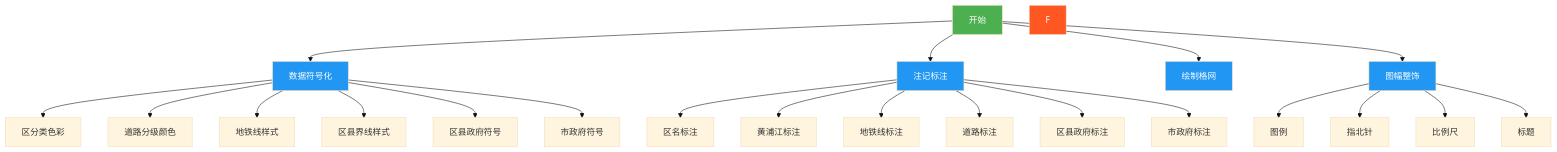
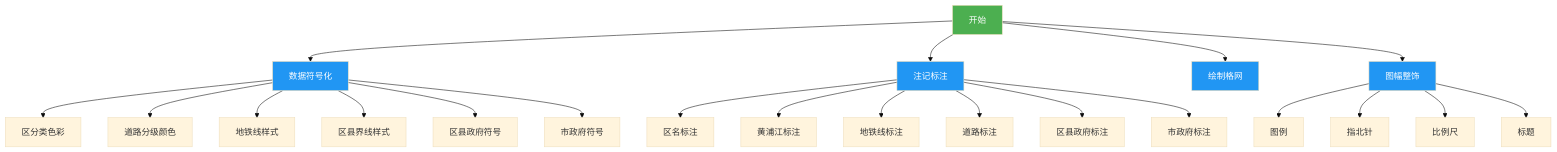
Before and after one commit to newguser/iodraw-files: the diagram in all/未命名.md, drawn with Mermaid (base theme).

Commit message:
2025-02-27 10:38:54 update

````diff
--- a/all/未命名.md
+++ b/all/未命名.md
@@ -1,31 +1,30 @@
 ```mermaid
 graph TD
     A[开始] --> B[数据符号化]
     B --> B1[区分类色彩]
     B --> B2[道路分级颜色]
     B --> B3[地铁线样式]
     B --> B4[区县界线样式]
     B --> B5[区县政府符号]
     B --> B6[市政府符号]
 
     A --> C[注记标注]
     C --> C1[区名标注]
     C --> C2[黄浦江标注]
     C --> C3[地铁线标注]
     C --> C4[道路标注]
     C --> C5[区县政府标注]
     C --> C6[市政府标注]
 
     A --> D[绘制格网]
     A --> E[图幅整饰]
     E --> E1[图例]
     E --> E2[指北针]
     E --> E3[比例尺]
     E --> E4[标题]
 
 
     style A fill:#4CAF50,color:white
-    style F fill:#FF5722,color:white
     classDef process fill:#2196F3,color:white;
     class B,C,D,E process
 ```
````
